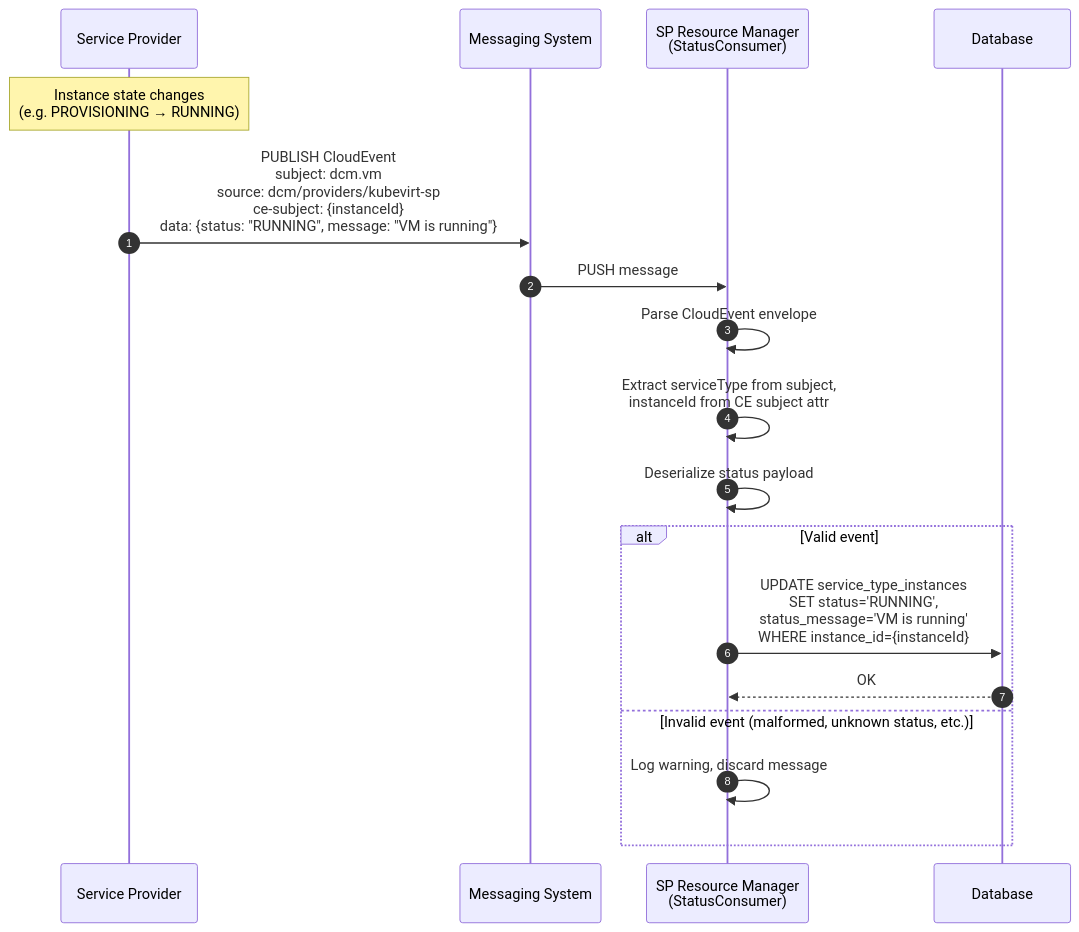
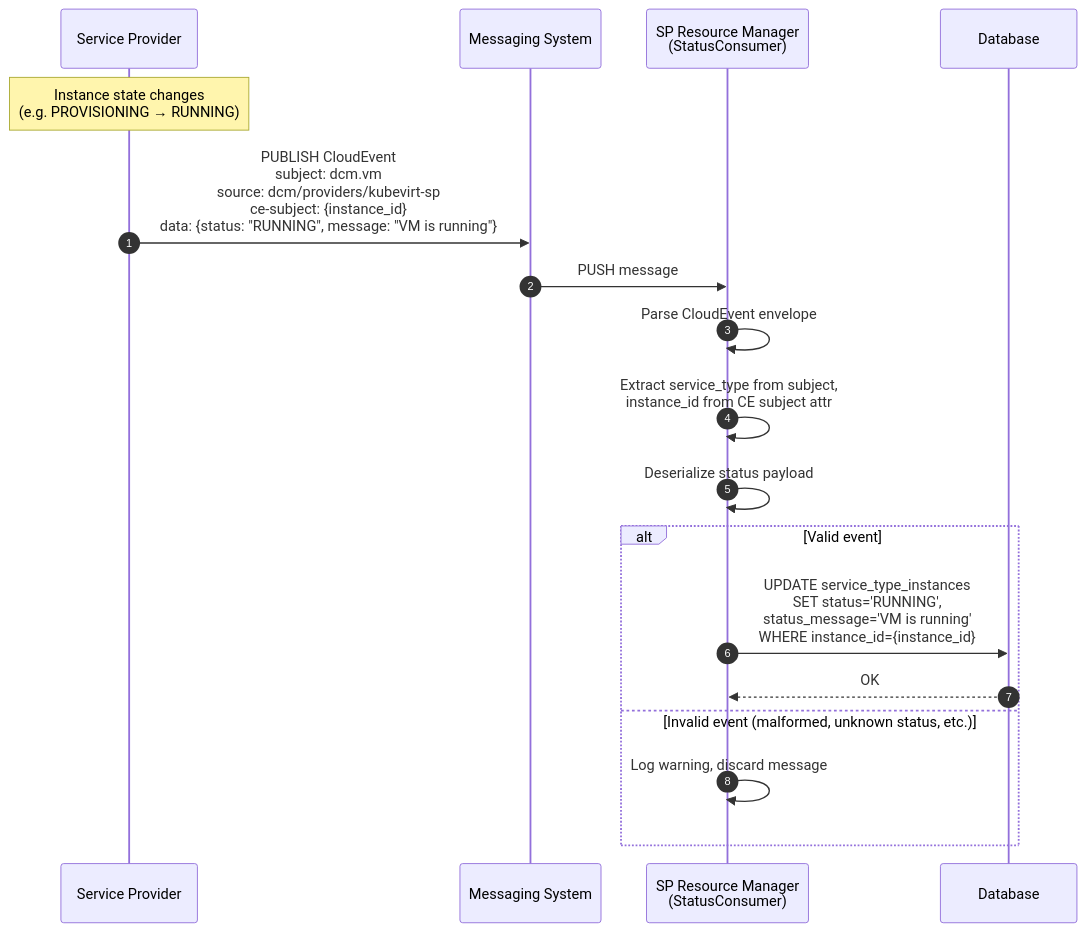
Before and after one commit to dcm-project/enhancements: the second of 2 diagrams in enhancements/sp-resource-status-reader/sp-resource-status-reader.md, drawn with Mermaid. The commit also changed other lines of this file and 19 other files, not shown here.

````diff
--- a/enhancements/sp-resource-status-reader/sp-resource-status-reader.md
+++ b/enhancements/sp-resource-status-reader/sp-resource-status-reader.md
@@ -164,25 +164,25 @@
 ```mermaid
 sequenceDiagram
     autonumber
     participant SP as Service Provider
     participant MS as Messaging System
     participant SC as SP Resource Manager<br/>(StatusConsumer)
     participant DB as Database
 
     Note over SP: Instance state changes<br/>(e.g. PROVISIONING → RUNNING)
 
-    SP->>MS: PUBLISH CloudEvent<br/>subject: dcm.vm<br/>source: dcm/providers/kubevirt-sp<br/>ce-subject: {instanceId}<br/>data: {status: "RUNNING", message: "VM is running"}
+    SP->>MS: PUBLISH CloudEvent<br/>subject: dcm.vm<br/>source: dcm/providers/kubevirt-sp<br/>ce-subject: {instance_id}<br/>data: {status: "RUNNING", message: "VM is running"}
 
     MS->>SC: PUSH message
 
     SC->>SC: Parse CloudEvent envelope
-    SC->>SC: Extract serviceType from subject,<br/>instanceId from CE subject attr
+    SC->>SC: Extract service_type from subject,<br/>instance_id from CE subject attr
     SC->>SC: Deserialize status payload
 
     alt Valid event
-        SC->>DB: UPDATE service_type_instances<br/>SET status='RUNNING',<br/>status_message='VM is running'<br/>WHERE instance_id={instanceId}
+        SC->>DB: UPDATE service_type_instances<br/>SET status='RUNNING',<br/>status_message='VM is running'<br/>WHERE instance_id={instance_id}
         DB-->>SC: OK
     else Invalid event (malformed, unknown status, etc.)
         SC->>SC: Log warning, discard message
     end
 ```
````
